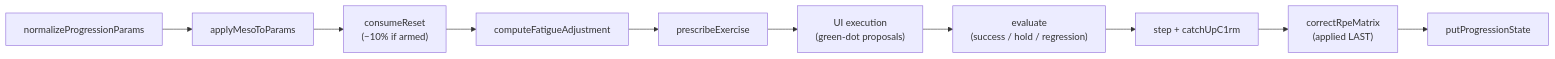
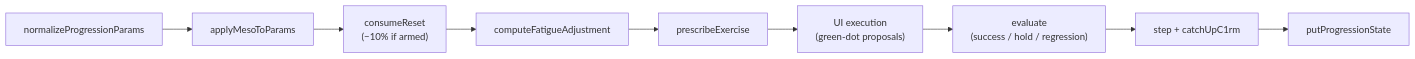
The second of 2 diagrams in docs/index.md (jthies73/yafa-pwa), drawn with Mermaid before and after one commit. The commit also changed other lines of this file and 13 other files, not shown here.

````diff
--- a/docs/index.md
+++ b/docs/index.md
@@ -57,12 +57,11 @@
 ```mermaid
 flowchart LR
     NORM["normalizeProgressionParams"] --> MESO["applyMesoToParams"]
     MESO --> RESET["consumeReset<br/>(−10% if armed)"]
     RESET --> FAT["computeFatigueAdjustment"]
     FAT --> PRESC["prescribeExercise"]
     PRESC --> EXEC["UI execution<br/>(green-dot proposals)"]
     EXEC --> EVAL["evaluate<br/>(success / hold / regression)"]
     EVAL --> STEP["step + catchUpC1rm"]
-    STEP --> LEARN["correctRpeMatrix<br/>(applied LAST)"]
-    LEARN --> PERSIST["putProgressionState"]
+    STEP --> PERSIST["putProgressionState"]
 ```
````
